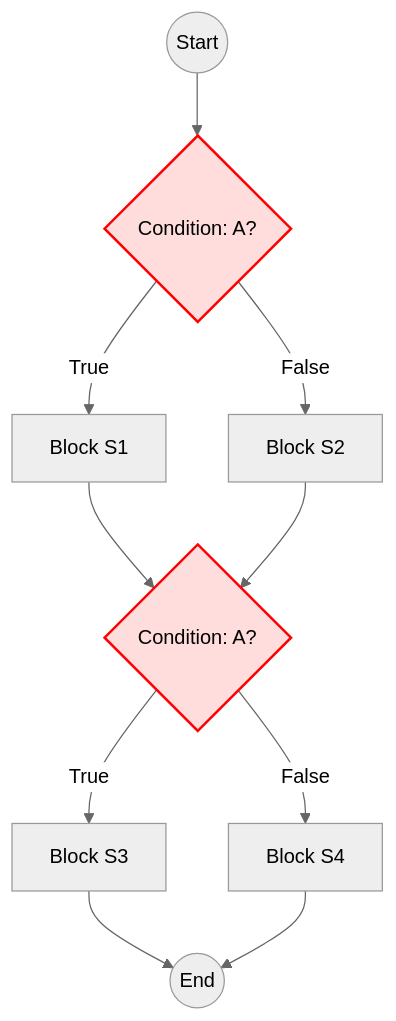
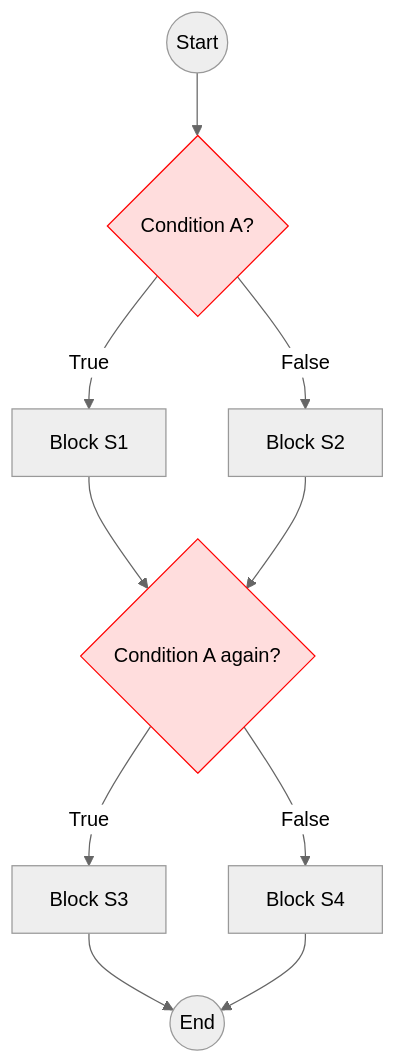
The fifth of 5 diagrams in content/verif/coverage/code.md (msdbok/msdbok.github.io), drawn with Mermaid (neutral theme) before and after one commit. The commit also changed other lines of this file and 1 other file, not shown here.

````diff
--- a/content/verif/coverage/code.md
+++ b/content/verif/coverage/code.md
@@ -216,31 +281,20 @@
 ```mermaid
 flowchart TD
-    %% Define start and end as circles
     Start((Start))
+    A{Condition A?}
+    B[Block S1]
+    C[Block S2]
+    D{Condition A again?}
+    E[Block S3]
+    F[Block S4]
     End((End))
 
-    %% Decision nodes as diamonds
-    A{Condition: A?}
-    D{Condition: A?}
+    Start --> A
+    A -->|True| B --> D
+    A -->|False| C --> D
+    D -->|True| E --> End
+    D -->|False| F --> End
 
-    %% Action blocks
-    B[Block S1]
-    C[Block S2]
-    E[Block S3]
-    F[Block S4]
-
-    %% Control flow
-    Start --> A
-    A -->|True| B
-    A -->|False| C
-    B --> D
-    C --> D
-    D -->|True| E
-    D -->|False| F
-    E --> End
-    F --> End
-
-    %% Style decision nodes in red
-    style A fill:#ffdddd,stroke:#ff0000,stroke-width:2px
-    style D fill:#ffdddd,stroke:#ff0000,stroke-width:2px
+    style A fill:#ffdddd,stroke:#ff0000
+    style D fill:#ffdddd,stroke:#ff0000
 ```
````
